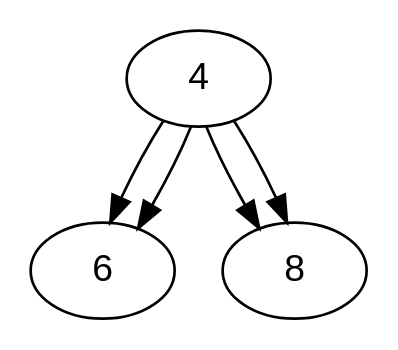
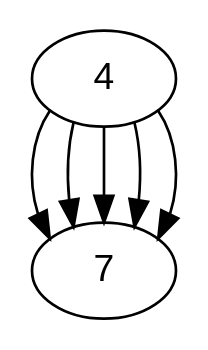
Before and after one commit to GeeksdelaCave/42h: the diagram in src/ast.dot, drawn with Graphviz. The commit also changed 8 other files, not shown here.

```diff
--- a/src/ast.dot
+++ b/src/ast.dot
@@ -1,7 +1,8 @@
 digraph AST {
     node [fontname="Arial"];
-    4 -> 6;
-    4 -> 6;
-    4 -> 8;
-    4 -> 8;
+    4 -> 7;
+    4 -> 7;
+    4 -> 7;
+    4 -> 7;
+    4 -> 7;
 }
```
